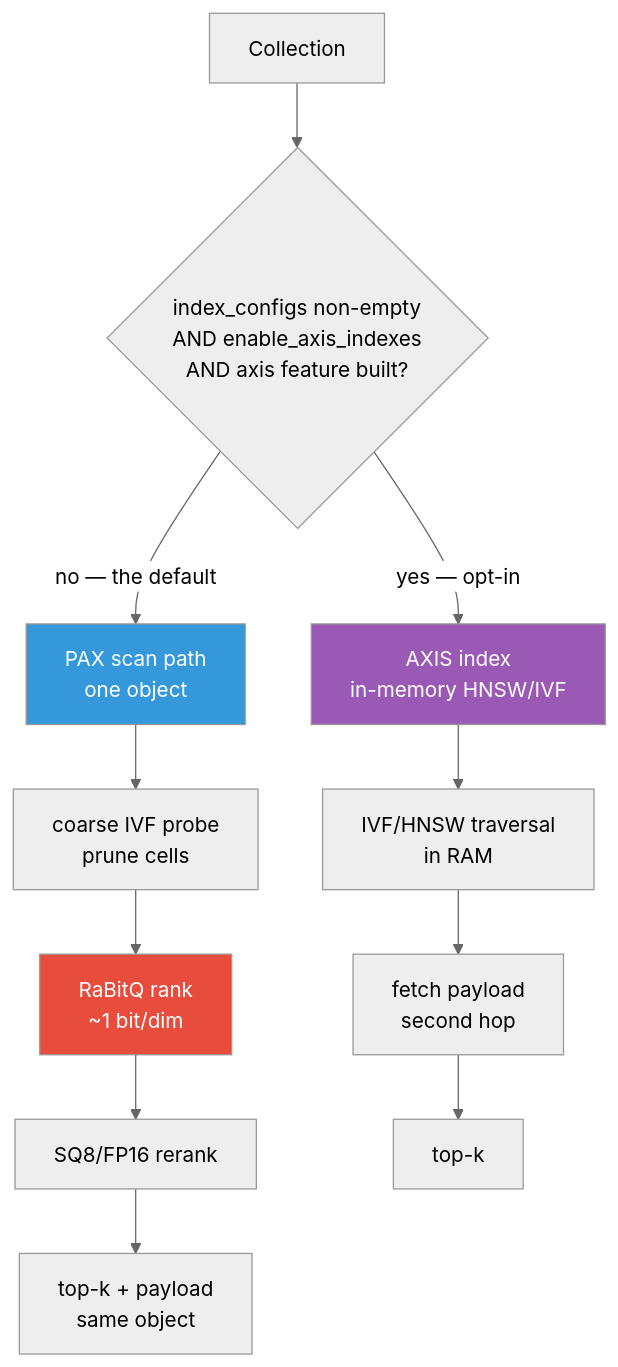
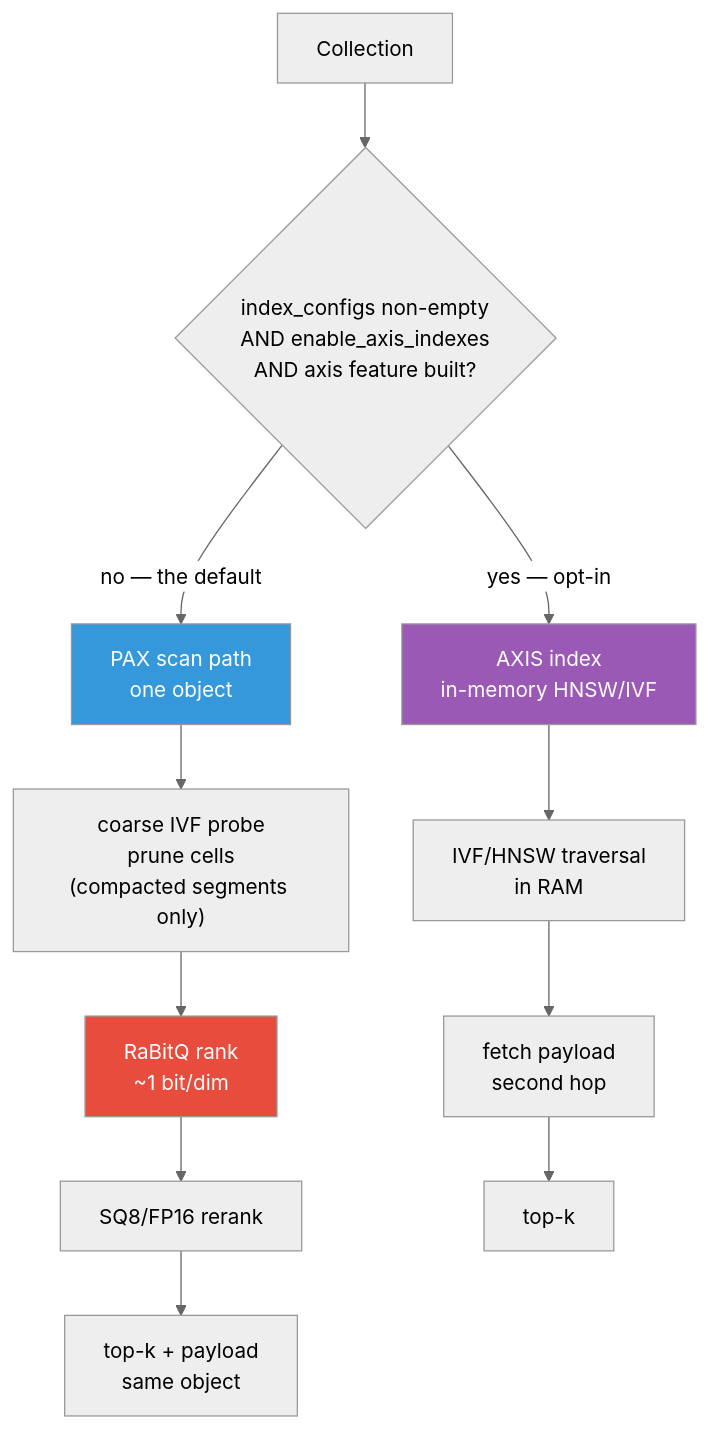
One commit to anvai-labs/proximaDB changed the diagram in docs/02-guides/vector-index-selection-and-benchmarking.md. Above: the diagram before and after it, drawn with Mermaid. The commit also changed other lines of this file and 2 other files, not shown here.

````diff
--- a/docs/02-guides/vector-index-selection-and-benchmarking.md
+++ b/docs/02-guides/vector-index-selection-and-benchmarking.md
@@ -5,17 +5,17 @@
 ```mermaid
 %%{init: {"theme": "neutral"}}%%
 flowchart TB
   C[Collection] --> D{"index_configs non-empty<br/>AND enable_axis_indexes<br/>AND axis feature built?"}
   D -->|no — the default| P[PAX scan path<br/>one object]
   D -->|yes — opt-in| X["AXIS index<br/>in-memory HNSW/IVF"]
-  P --> P1[coarse IVF probe<br/>prune cells]
+  P --> P1["coarse IVF probe<br/>prune cells<br/>(compacted segments only)"]
   P1 --> P2[RaBitQ rank<br/>~1 bit/dim]
   P2 --> P3[SQ8/FP16 rerank]
   P3 --> R1[top-k + payload<br/>same object]
   X --> X1[IVF/HNSW traversal<br/>in RAM]
   X1 --> X2[fetch payload<br/>second hop]
   X2 --> R2[top-k]
   style P fill:#3498db,color:#fff
   style X fill:#9b59b6,color:#fff
   style P2 fill:#e74c3c,color:#fff
 ```
````
